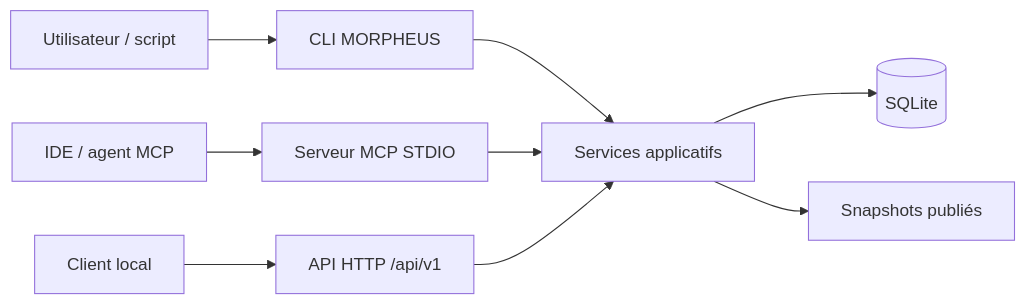
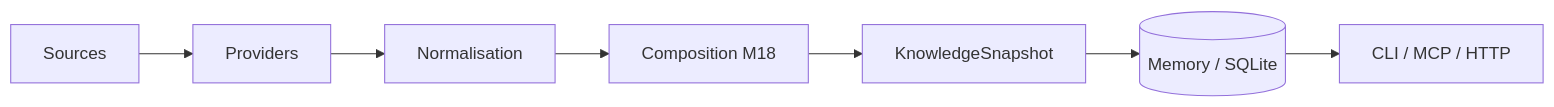
One commit to FTurleque/morpheus-engine changed the diagram in docs/user/README.md. Above: the diagram before and after it, drawn with Mermaid. The commit also changed other lines of this file, not shown here.

````diff
--- a/docs/user/README.md
+++ b/docs/user/README.md
@@ -30,12 +50,9 @@
 ```mermaid
 flowchart LR
-    U[Utilisateur / script] --> CLI[CLI MORPHEUS]
-    A[IDE / agent MCP] --> MCP[Serveur MCP STDIO]
-    C[Client local] --> API[API HTTP /api/v1]
-
-    CLI --> APP[Services applicatifs]
-    MCP --> APP
-    API --> APP
-    APP --> DB[(SQLite)]
-    APP --> SNAP[Snapshots publiés]
+    SRC[Sources] --> P[Providers]
+    P --> N[Normalisation]
+    N --> C[Composition M18]
+    C --> S[KnowledgeSnapshot]
+    S --> DB[(Memory / SQLite)]
+    DB --> Q[CLI / MCP / HTTP]
 ```
````
